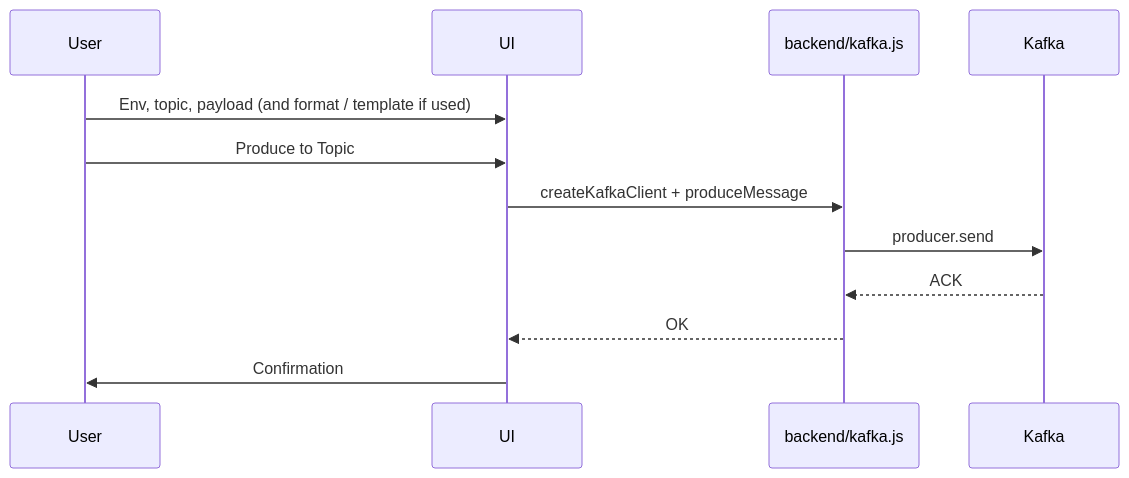
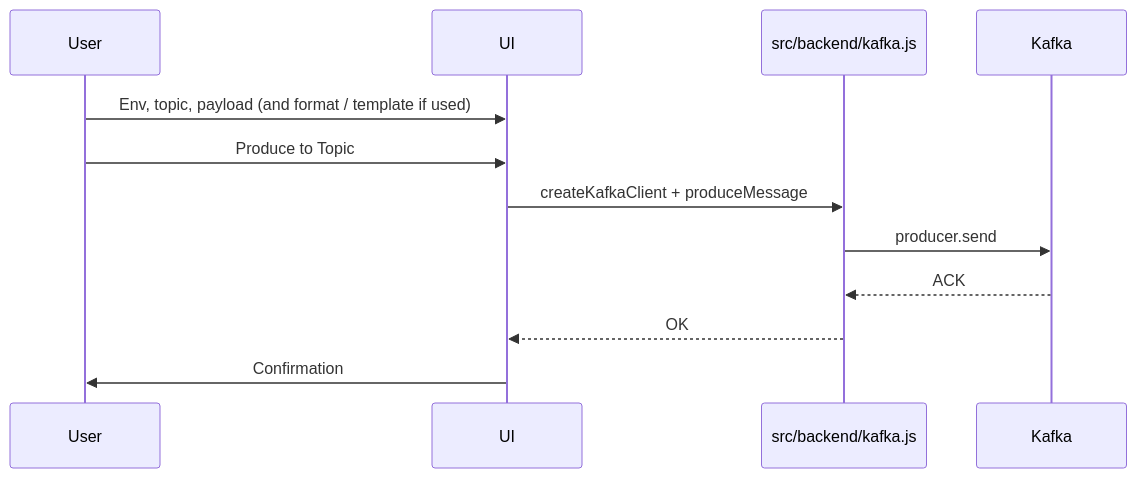
The second of 4 diagrams in README.md (DilshanPGN/kafka-safe-stream), drawn with Mermaid before and after one commit. The commit also changed other lines of this file and 12 other files, not shown here.

Commit message:
Refactor project structure by moving main and renderer files into a 'src' directory; update references in HTML and package.json accordingly. Remove obsolete main.js, renderer.js, setup.js, payload-viewer.js, and related backend files to streamline the codebase.

````diff
--- a/README.md
+++ b/README.md
@@ -81,15 +81,15 @@
 ```mermaid
 sequenceDiagram
     participant User
     participant UI
-    participant K as backend/kafka.js
+    participant K as src/backend/kafka.js
     participant Kafka
 
     User->>UI: Env, topic, payload (and format / template if used)
     User->>UI: Produce to Topic
     UI->>K: createKafkaClient + produceMessage
     K->>Kafka: producer.send
     Kafka-->>K: ACK
     K-->>UI: OK
     UI->>User: Confirmation
 ```
````
